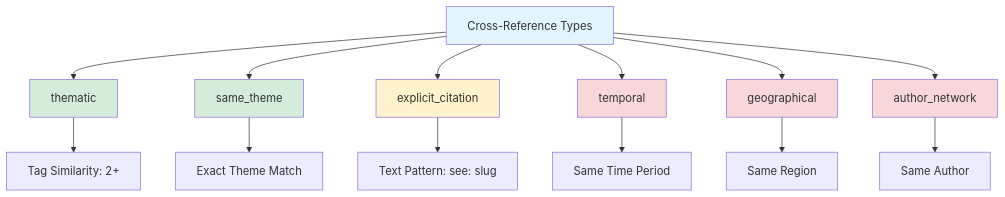
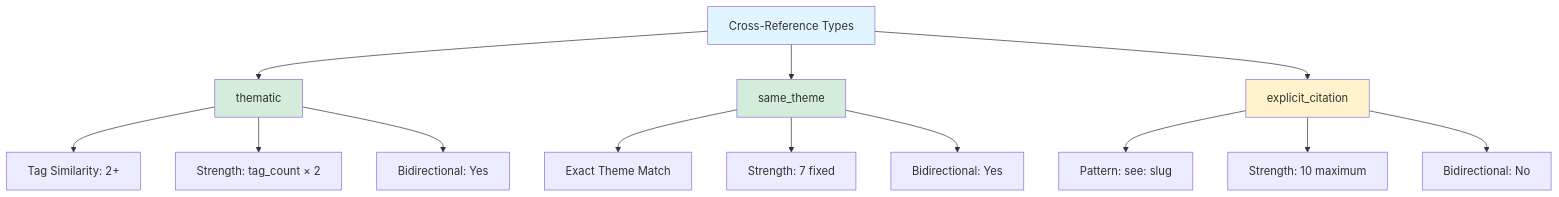
Before and after one commit to dhruvrakesh/srangam-42267: the third of 10 diagrams in docs/architecture/CROSS_REFERENCE_SYSTEM.md, drawn with Mermaid. The commit also changed other lines of this file and 3 other files, not shown here.

````diff
--- a/docs/architecture/CROSS_REFERENCE_SYSTEM.md
+++ b/docs/architecture/CROSS_REFERENCE_SYSTEM.md
@@ -36,24 +92,23 @@
 ```mermaid
 graph TD
     A[Cross-Reference Types] --> B[thematic]
     A --> C[same_theme]
     A --> D[explicit_citation]
-    A --> E[temporal]
-    A --> F[geographical]
-    A --> G[author_network]
     
     B --> B1[Tag Similarity: 2+]
+    B --> B2[Strength: tag_count × 2]
+    B --> B3[Bidirectional: Yes]
+    
     C --> C1[Exact Theme Match]
-    D --> D1[Text Pattern: see: slug]
-    E --> E1[Same Time Period]
-    F --> F1[Same Region]
-    G --> G1[Same Author]
+    C --> C2[Strength: 7 fixed]
+    C --> C3[Bidirectional: Yes]
+    
+    D --> D1[Pattern: see: slug]
+    D --> D2[Strength: 10 maximum]
+    D --> D3[Bidirectional: No]
     
     style A fill:#e1f5ff
     style B fill:#d4edda
     style C fill:#d4edda
     style D fill:#fff3cd
-    style E fill:#f8d7da
-    style F fill:#f8d7da
-    style G fill:#f8d7da
 ```
````
